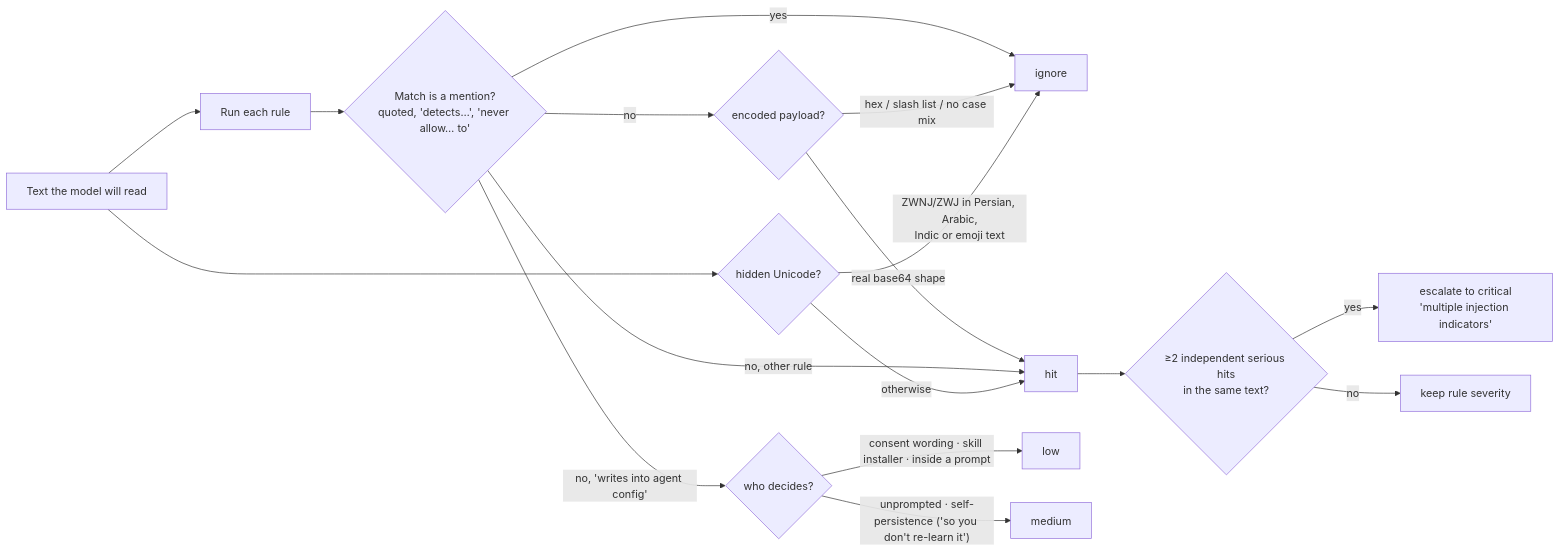
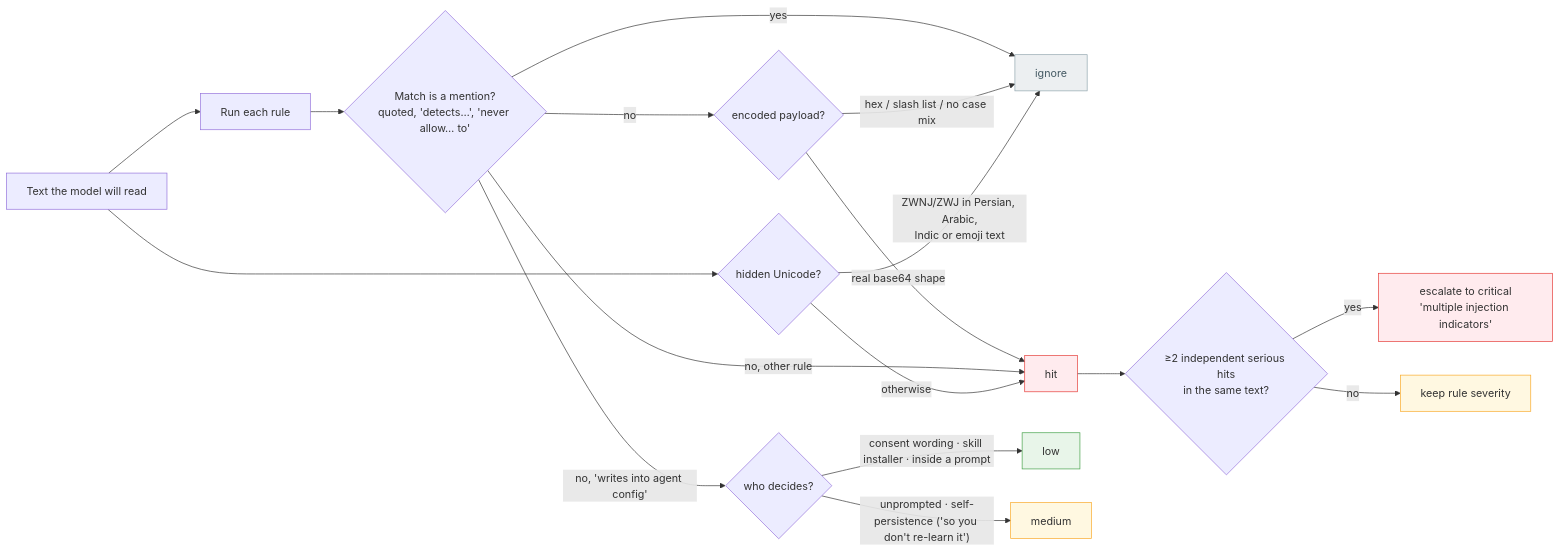
Before and after one commit to SomehowLiving/sniffmcp: the third of 8 diagrams in ARCHITECTURE.md, drawn with Mermaid. The commit also changed other lines of this file and 3 other files, not shown here.

Commit message:
Docs: 'Why SniffMCP' product page (MCP trust model, tool poisoning, shadowing, rug pull, defence in depth, honest limits; quotes verified against OWASP/Microsoft/ACL); colour-coded architecture diagrams

````diff
--- a/ARCHITECTURE.md
+++ b/ARCHITECTURE.md
@@ -103,19 +125,30 @@
 ```mermaid
 flowchart LR
     T["Text the model will read"] --> R["Run each rule"]
     R --> F1{"Match is a mention?<br/>quoted, 'detects…', 'never allow… to'"}
     F1 -->|yes| X["ignore"]
     F1 -->|no| F2{"encoded payload?"}
     F2 -->|"hex / slash list / no case mix"| X
     F2 -->|real base64 shape| H["hit"]
     F1 -->|no, other rule| H
     F1 -->|"no, 'writes into agent config'"| G{"who decides?"}
     G -->|"consent wording · skill installer · inside a prompt"| L["low"]
     G -->|"unprompted · self-persistence ('so you don't re-learn it')"| M2["medium"]
     T --> U{"hidden Unicode?"}
     U -->|"ZWNJ/ZWJ in Persian, Arabic,<br/>Indic or emoji text"| X
     U -->|otherwise| H
     H --> C{"≥2 independent serious hits<br/>in the same text?"}
     C -->|yes| CR["escalate to critical<br/>'multiple injection indicators'"]
     C -->|no| K["keep rule severity"]
+
+    classDef sniff fill:#ede7f6,stroke:#5e35b1
+    classDef bad fill:#ffebee,stroke:#e53935
+    classDef ok fill:#e8f5e9,stroke:#43a047
+    classDef muted fill:#eceff1,stroke:#90a4ae,color:#455a64
+    classDef ext fill:#fff8e1,stroke:#f9a825
+    classDef store fill:#e3f2fd,stroke:#1e88e5
+    class X muted
+    class H,CR bad
+    class L ok
+    class M2,K ext
 ```
````
